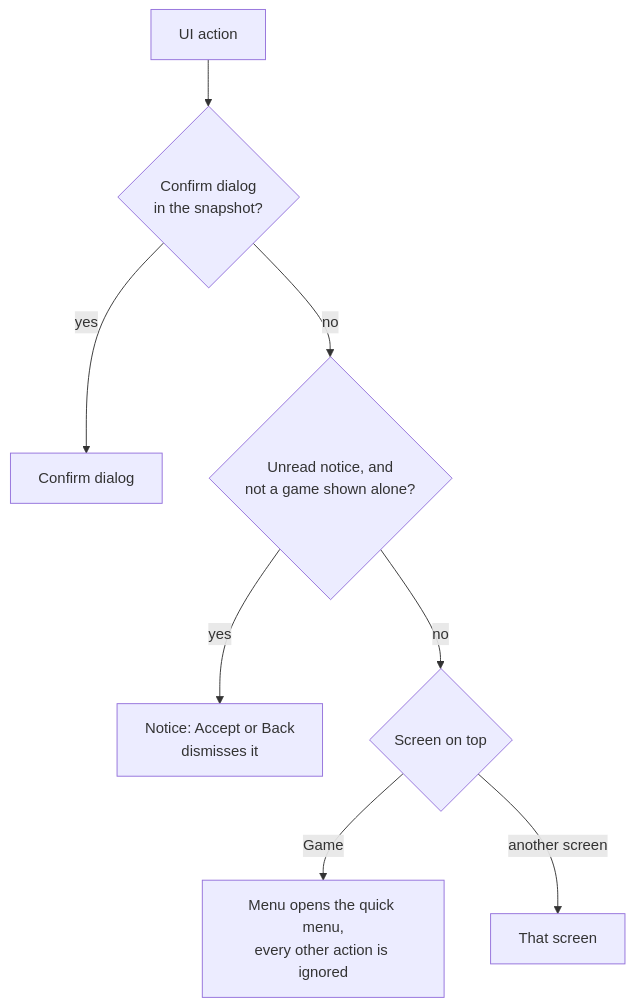
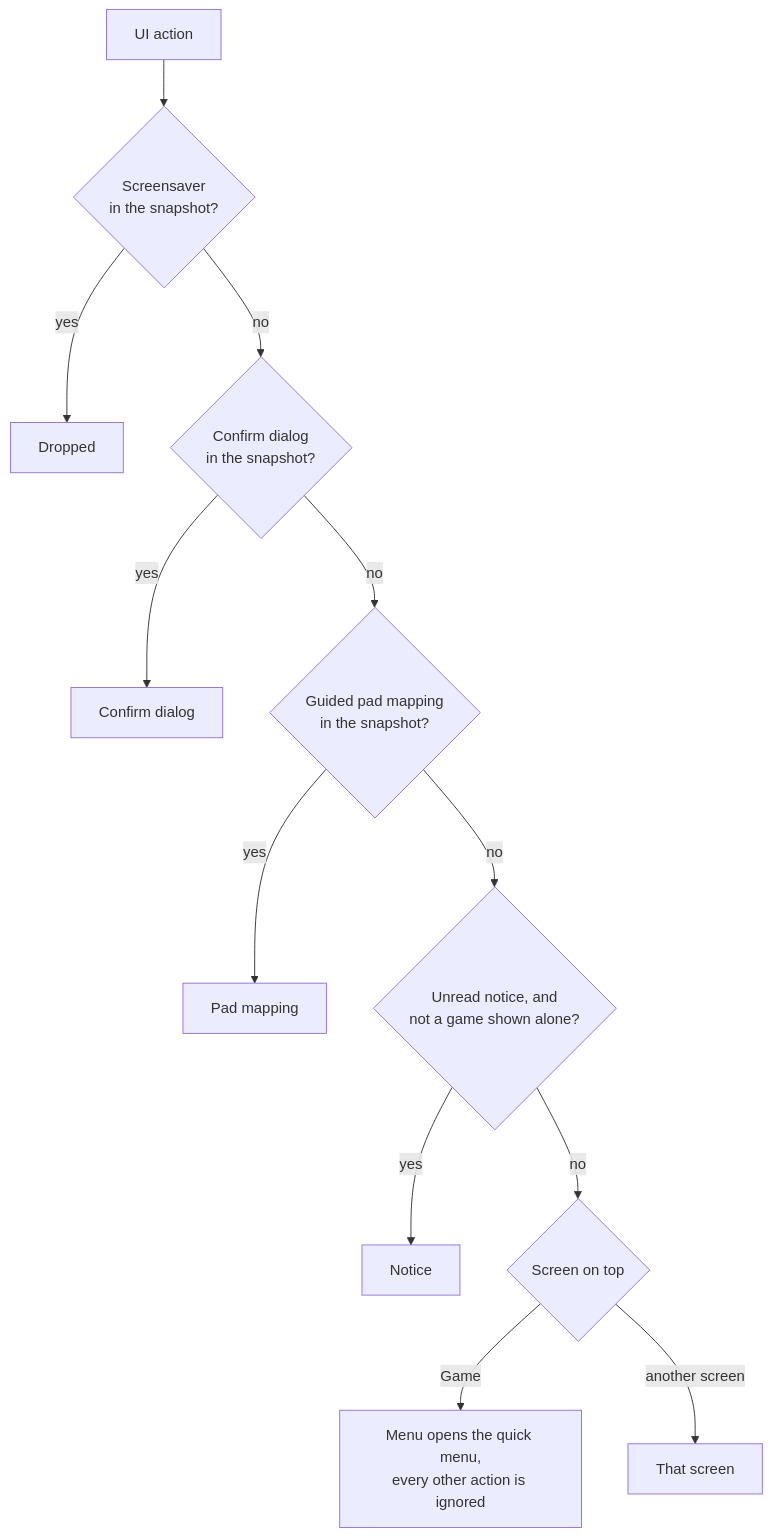
The third of 5 diagrams in docs/flows/07-screens.md (paologaleotti/neptron), drawn with Mermaid before and after one commit. The commit also changed other lines of this file and 1 other file, not shown here.

First line of the commit message:
docs(flows): bring the screens page up to date

````diff
--- a/docs/flows/07-screens.md
+++ b/docs/flows/07-screens.md
@@ -94,10 +102,14 @@
 ```mermaid
 flowchart TD
-    A["UI action"] --> C{"Confirm dialog<br/>in the snapshot?"}
+    A["UI action"] --> SS{"Screensaver<br/>in the snapshot?"}
+    SS -->|"yes"| Drop["Dropped"]
+    SS -->|"no"| C{"Confirm dialog<br/>in the snapshot?"}
     C -->|"yes"| CD["Confirm dialog"]
-    C -->|"no"| N{"Unread notice, and<br/>not a game shown alone?"}
-    N -->|"yes"| ND["Notice: Accept or Back<br/>dismisses it"]
+    C -->|"no"| PM{"Guided pad mapping<br/>in the snapshot?"}
+    PM -->|"yes"| PMD["Pad mapping"]
+    PM -->|"no"| N{"Unread notice, and<br/>not a game shown alone?"}
+    N -->|"yes"| ND["Notice"]
     N -->|"no"| T{"Screen on top"}
     T -->|"Game"| G["Menu opens the quick menu,<br/>every other action is ignored"]
     T -->|"another screen"| S["That screen"]
 ```
````
